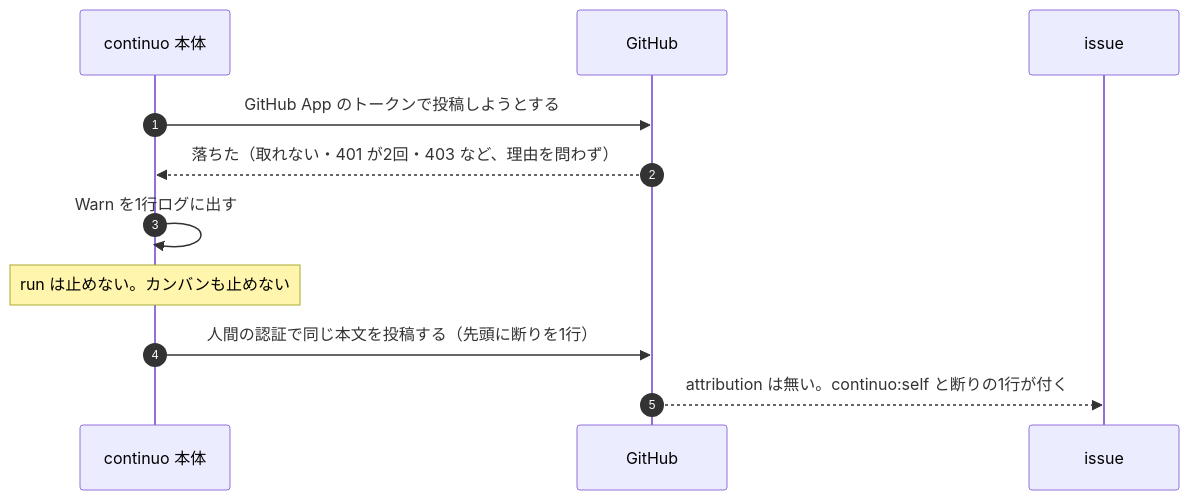
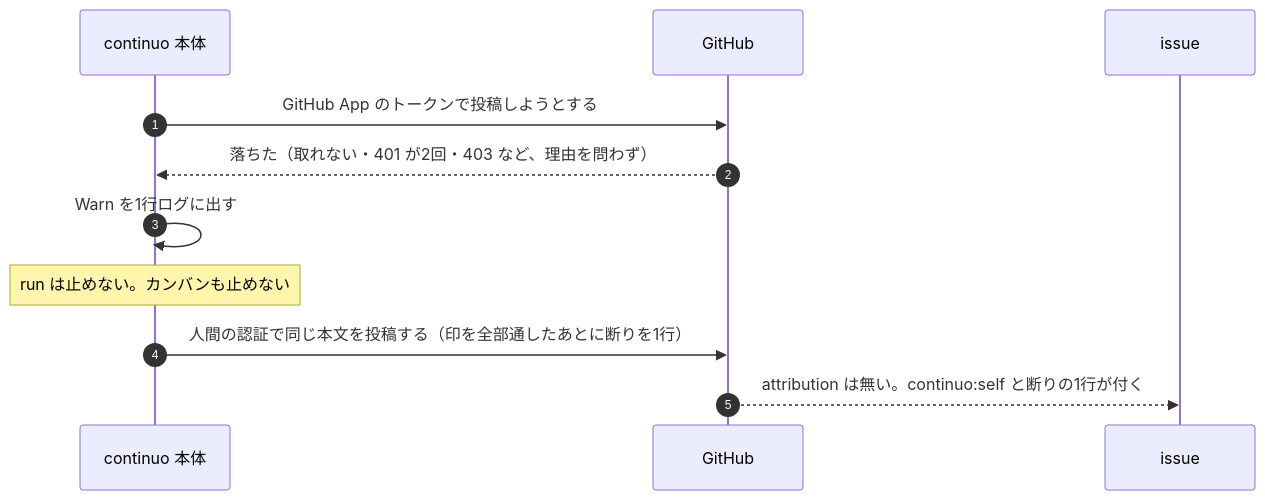
The tenth of 13 diagrams in docs/plans/impl/issue245_github_app_attribution.md (maimuzo/continuo), drawn with Mermaid before and after one commit. The commit also changed other lines of this file, not shown here.

````diff
--- a/docs/plans/impl/issue245_github_app_attribution.md
+++ b/docs/plans/impl/issue245_github_app_attribution.md
@@ -1001,13 +1004,13 @@
 ```mermaid
 sequenceDiagram
     autonumber
     participant C as continuo 本体
     participant GH as GitHub
     participant G as issue
     C->>GH: GitHub App のトークンで投稿しようとする
     GH-->>C: 落ちた（取れない・401 が2回・403 など、理由を問わず）
     C->>C: Warn を1行ログに出す
     Note over C: run は止めない。カンバンも止めない
-    C->>GH: 人間の認証で同じ本文を投稿する（先頭に断りを1行）
+    C->>GH: 人間の認証で同じ本文を投稿する（印を全部通したあとに断りを1行）
     GH-->>G: attribution は無い。continuo:self と断りの1行が付く
 ```
````
